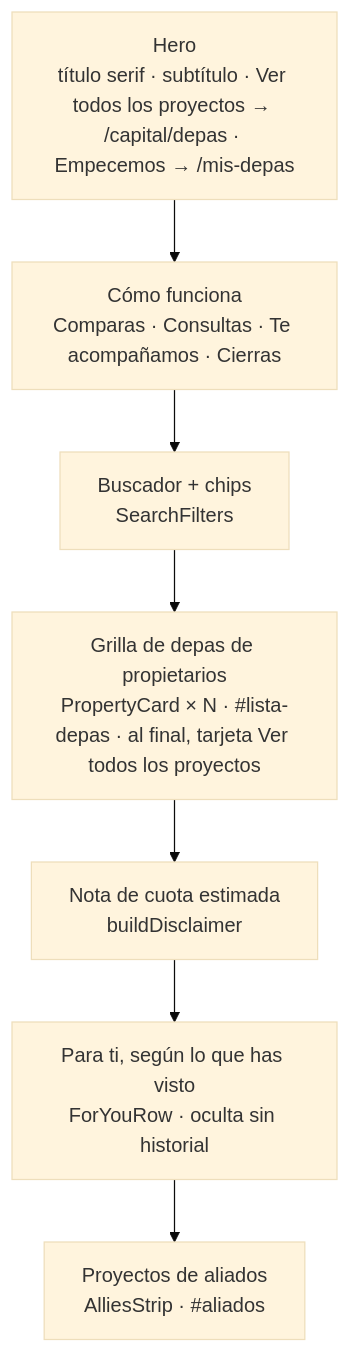
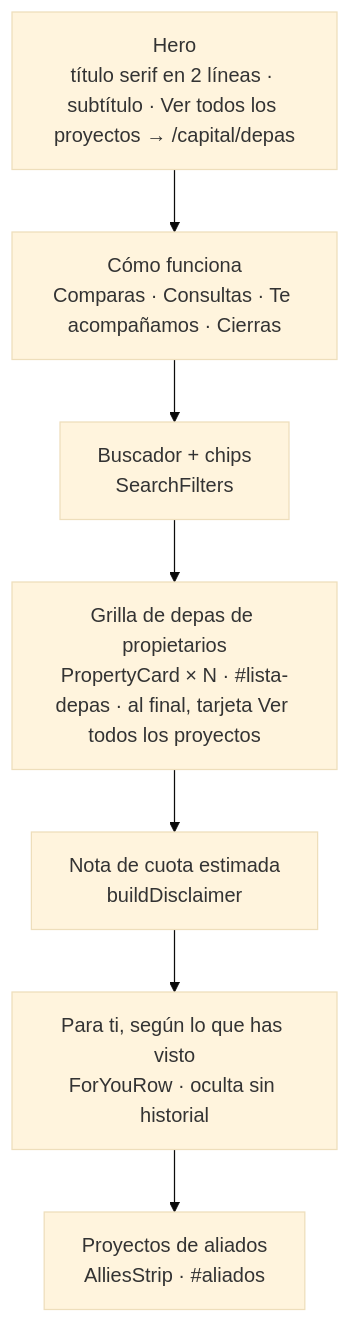
Before and after one commit to samirharrytl/DHC_landing: the second of 2 diagrams in docs/plataforma/02-frontend.md, drawn with Mermaid (base theme). The commit also changed other lines of this file and 18 other files, not shown here.

````diff
--- a/docs/plataforma/02-frontend.md
+++ b/docs/plataforma/02-frontend.md
@@ -148,11 +148,11 @@
 ```mermaid
 flowchart TB
-    A["Hero<br/>título serif · subtítulo · Ver todos los proyectos → /capital/depas · Empecemos → /mis-depas"]
+    A["Hero<br/>título serif en 2 líneas · subtítulo · Ver todos los proyectos → /capital/depas"]
     B["Cómo funciona<br/>Comparas · Consultas · Te acompañamos · Cierras"]
     C["Buscador + chips<br/>SearchFilters"]
     D["Grilla de depas de propietarios<br/>PropertyCard × N · #lista-depas · al final, tarjeta Ver todos los proyectos"]
     E["Nota de cuota estimada<br/>buildDisclaimer"]
     F["Para ti, según lo que has visto<br/>ForYouRow · oculta sin historial"]
     G["Proyectos de aliados<br/>AlliesStrip · #aliados"]
     A --> B --> C --> D --> E --> F --> G
 ```
````
